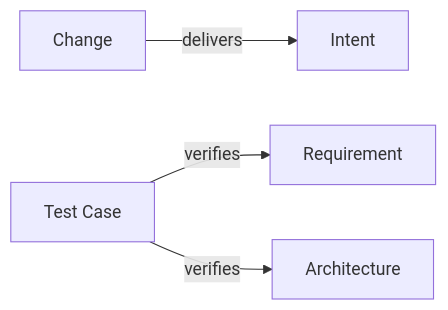
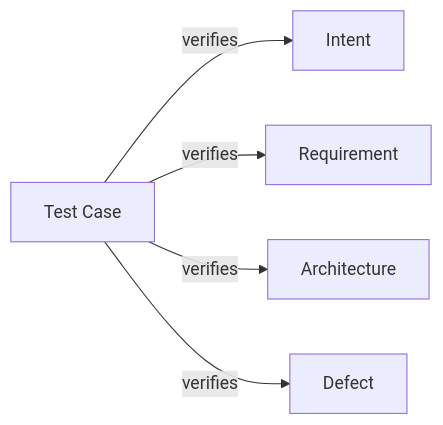
Before and after one commit to Kai-Hacks-AI/KAAL: the diagram in engineering/metamodel/views/do.md, drawn with Mermaid. The commit also changed other lines of this file and 7 other files, not shown here.

````diff
--- a/engineering/metamodel/views/do.md
+++ b/engineering/metamodel/views/do.md
@@ -14,6 +12,7 @@
 ```mermaid
 flowchart LR
-  Change -->|delivers| Intent
-  TestCase["Test Case"] -->|verifies| Requirement
+  TestCase["Test Case"] -->|verifies| Intent
+  TestCase -->|verifies| Requirement
   TestCase -->|verifies| Architecture
+  TestCase -->|verifies| Defect
 ```
````
